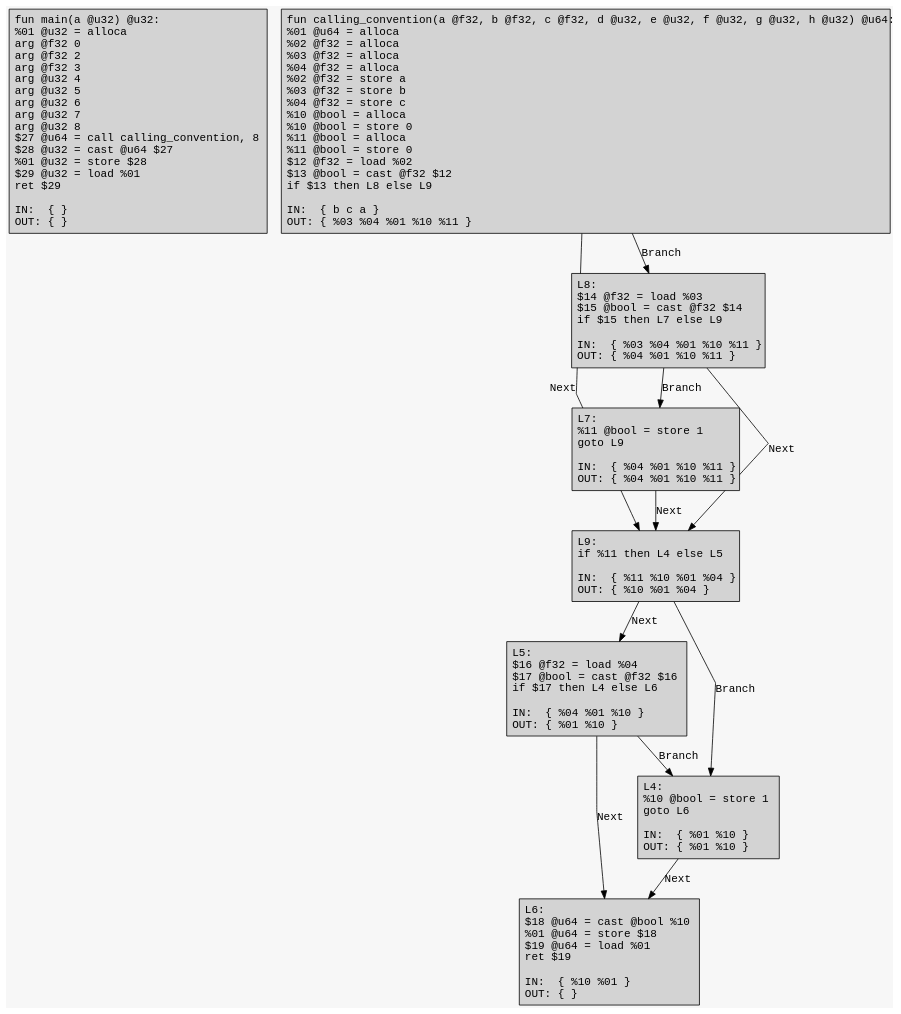
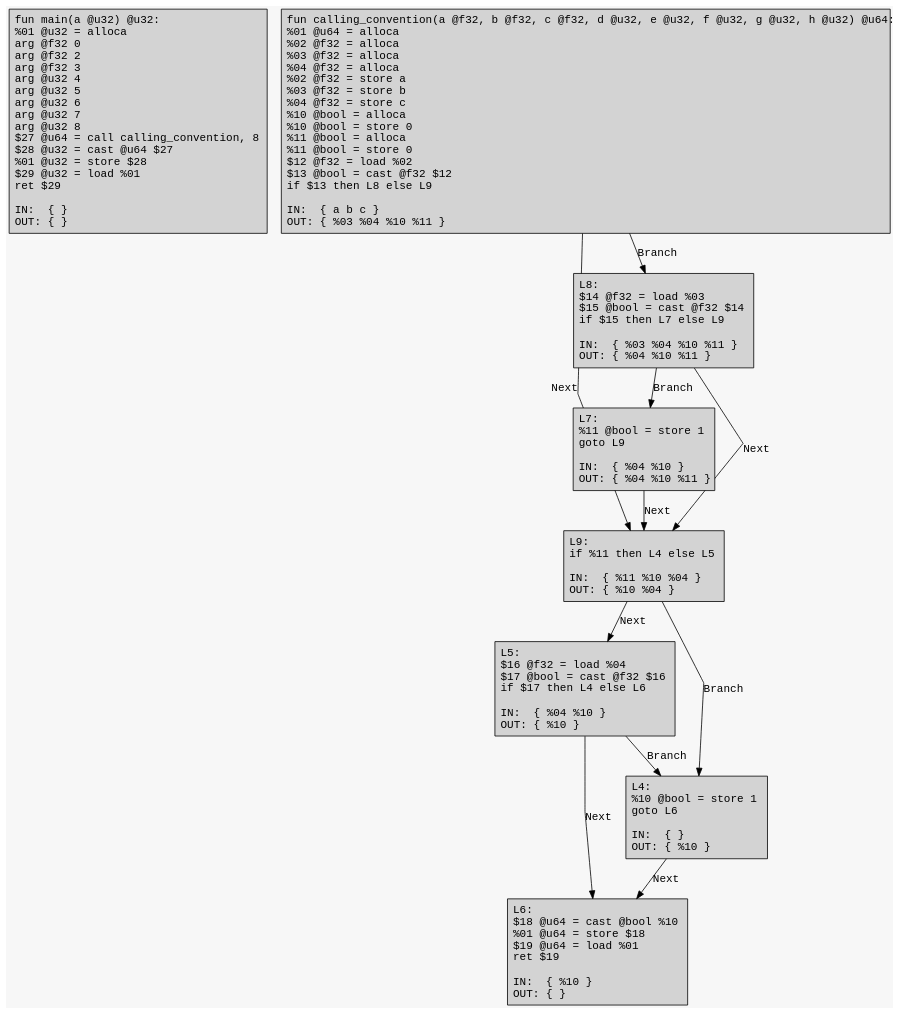
One commit to ArkoiSystems/arkoi_language changed the diagram in example/cc/cc.dot. Above: the diagram before and after it, drawn with Graphviz. The commit also changed 7 other files, not shown here.

```diff
--- a/example/cc/cc.dot
+++ b/example/cc/cc.dot
@@ -1,26 +1,26 @@
 digraph CFG {
 	graph [fontname = "Monospace"];
 	node  [fontname = "Monospace", shape=box, style=filled, margin=0.1];
 	edge  [fontname = "Monospace"];
 	bgcolor = "#f7f7f7";
 	splines = false;
 
 	L0 [label="fun main(a @u32) @u32:\l %01 @u32 = alloca\l arg @f32 0\l arg @f32 2\l arg @f32 3\l arg @u32 4\l arg @u32 5\l arg @u32 6\l arg @u32 7\l arg @u32 8\l $27 @u64 = call calling_convention, 8\l $28 @u32 = cast @u64 $27\l %01 @u32 = store $28\l $29 @u32 = load %01\l ret $29\l\lIN:  { }\lOUT: { }\l"];
-	L2 [label="fun calling_convention(a @f32, b @f32, c @f32, d @u32, e @u32, f @u32, g @u32, h @u32) @u64:\l %01 @u64 = alloca\l %02 @f32 = alloca\l %03 @f32 = alloca\l %04 @f32 = alloca\l %02 @f32 = store a\l %03 @f32 = store b\l %04 @f32 = store c\l %10 @bool = alloca\l %10 @bool = store 0\l %11 @bool = alloca\l %11 @bool = store 0\l $12 @f32 = load %02\l $13 @bool = cast @f32 $12\l if $13 then L8 else L9\l\lIN:  { b c a }\lOUT: { %03 %04 %01 %10 %11 }\l"];
+	L2 [label="fun calling_convention(a @f32, b @f32, c @f32, d @u32, e @u32, f @u32, g @u32, h @u32) @u64:\l %01 @u64 = alloca\l %02 @f32 = alloca\l %03 @f32 = alloca\l %04 @f32 = alloca\l %02 @f32 = store a\l %03 @f32 = store b\l %04 @f32 = store c\l %10 @bool = alloca\l %10 @bool = store 0\l %11 @bool = alloca\l %11 @bool = store 0\l $12 @f32 = load %02\l $13 @bool = cast @f32 $12\l if $13 then L8 else L9\l\lIN:  { a b c }\lOUT: { %03 %04 %10 %11 }\l"];
 	L2 -> L9 [label="Next"];
 	L2 -> L8 [label="Branch"];
-	L8 [label="L8:\l $14 @f32 = load %03\l $15 @bool = cast @f32 $14\l if $15 then L7 else L9\l\lIN:  { %03 %04 %01 %10 %11 }\lOUT: { %04 %01 %10 %11 }\l"];
+	L8 [label="L8:\l $14 @f32 = load %03\l $15 @bool = cast @f32 $14\l if $15 then L7 else L9\l\lIN:  { %03 %04 %10 %11 }\lOUT: { %04 %10 %11 }\l"];
 	L8 -> L9 [label="Next"];
 	L8 -> L7 [label="Branch"];
-	L7 [label="L7:\l %11 @bool = store 1\l goto L9\l\lIN:  { %04 %01 %10 %11 }\lOUT: { %04 %01 %10 %11 }\l"];
+	L7 [label="L7:\l %11 @bool = store 1\l goto L9\l\lIN:  { %04 %10 }\lOUT: { %04 %10 %11 }\l"];
 	L7 -> L9 [label="Next"];
-	L9 [label="L9:\l if %11 then L4 else L5\l\lIN:  { %11 %10 %01 %04 }\lOUT: { %10 %01 %04 }\l"];
+	L9 [label="L9:\l if %11 then L4 else L5\l\lIN:  { %11 %10 %04 }\lOUT: { %10 %04 }\l"];
 	L9 -> L5 [label="Next"];
 	L9 -> L4 [label="Branch"];
-	L4 [label="L4:\l %10 @bool = store 1\l goto L6\l\lIN:  { %01 %10 }\lOUT: { %01 %10 }\l"];
+	L4 [label="L4:\l %10 @bool = store 1\l goto L6\l\lIN:  { }\lOUT: { %10 }\l"];
 	L4 -> L6 [label="Next"];
-	L5 [label="L5:\l $16 @f32 = load %04\l $17 @bool = cast @f32 $16\l if $17 then L4 else L6\l\lIN:  { %04 %01 %10 }\lOUT: { %01 %10 }\l"];
+	L5 [label="L5:\l $16 @f32 = load %04\l $17 @bool = cast @f32 $16\l if $17 then L4 else L6\l\lIN:  { %04 %10 }\lOUT: { %10 }\l"];
 	L5 -> L6 [label="Next"];
 	L5 -> L4 [label="Branch"];
-	L6 [label="L6:\l $18 @u64 = cast @bool %10\l %01 @u64 = store $18\l $19 @u64 = load %01\l ret $19\l\lIN:  { %10 %01 }\lOUT: { }\l"];
+	L6 [label="L6:\l $18 @u64 = cast @bool %10\l %01 @u64 = store $18\l $19 @u64 = load %01\l ret $19\l\lIN:  { %10 }\lOUT: { }\l"];
 }
```
